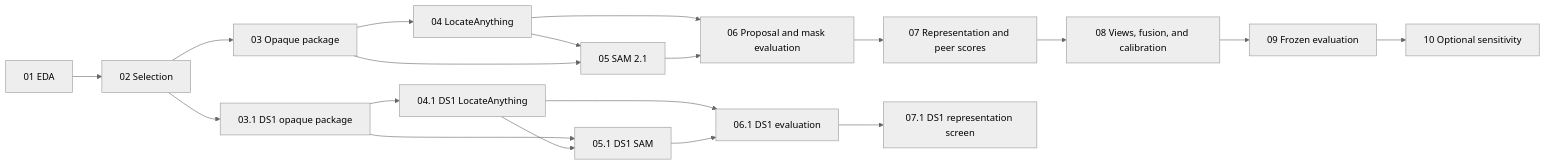
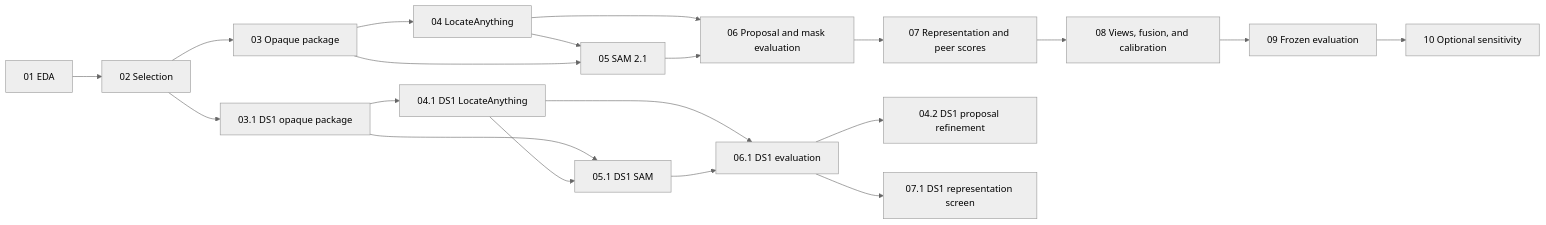
One commit to Industry-Project-UTS/visual-peer-inspector changed the diagram in notebooks/README.md. Above: the diagram before and after it, drawn with Mermaid (neutral theme). The commit also changed other lines of this file and 28 other files, not shown here.

Commit message:
Add the DS1 proposal refinement experiment

````diff
--- a/notebooks/README.md
+++ b/notebooks/README.md
@@ -33,21 +34,22 @@
 ```mermaid
 flowchart LR
     N1["01 EDA"] --> N2["02 Selection"]
     N2 --> N3["03 Opaque package"]
     N3 --> N4["04 LocateAnything"]
     N4 --> N5["05 SAM 2.1"]
     N3 --> N5
     N4 --> N6["06 Proposal and mask evaluation"]
     N5 --> N6
     N6 --> N7["07 Representation and peer scores"]
     N7 --> N8["08 Views, fusion, and calibration"]
     N8 --> N9["09 Frozen evaluation"]
     N9 --> N10["10 Optional sensitivity"]
     N2 --> N31["03.1 DS1 opaque package"]
     N31 --> N41["04.1 DS1 LocateAnything"]
     N31 --> N51["05.1 DS1 SAM"]
     N41 --> N51
     N41 --> N61["06.1 DS1 evaluation"]
     N51 --> N61
+    N61 --> N42["04.2 DS1 proposal refinement"]
     N61 --> N71["07.1 DS1 representation screen"]
 ```
````
